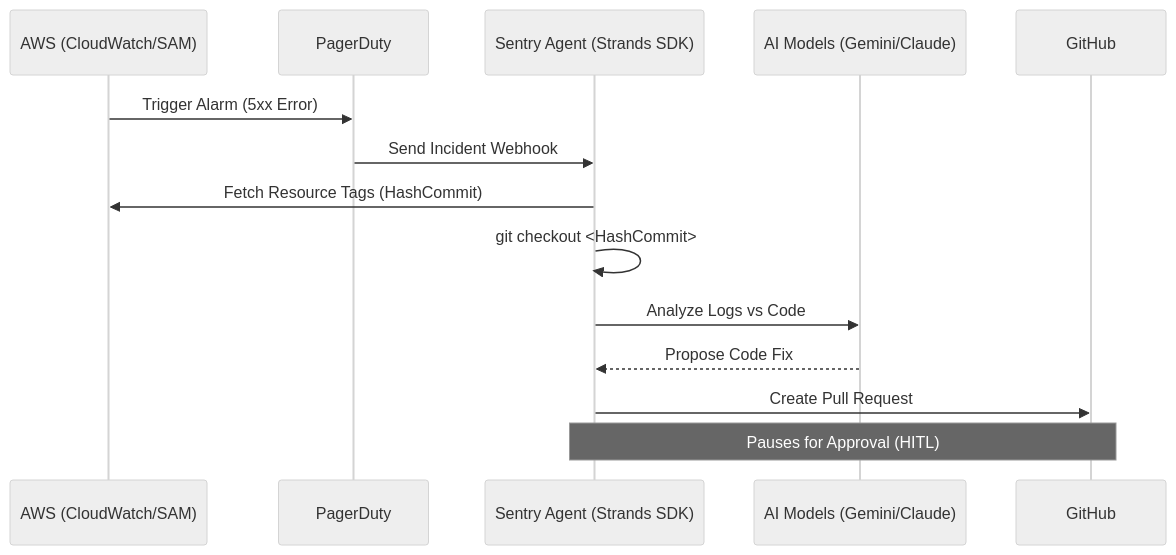
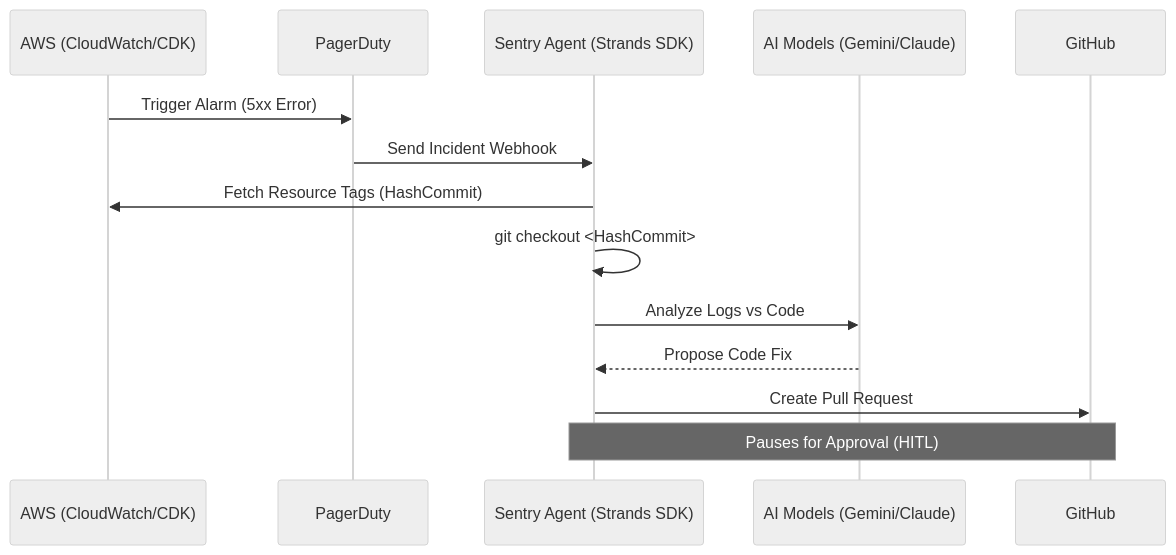
The diagram in README.md (antonioreuter/poc-ai-ops), drawn with Mermaid (neutral theme) before and after one commit. The commit also changed other lines of this file and 23 other files, not shown here.

````diff
--- a/README.md
+++ b/README.md
@@ -13,16 +13,16 @@
 ```mermaid
 sequenceDiagram
-    participant AWS as AWS (CloudWatch/SAM)
+    participant AWS as AWS (CloudWatch/CDK)
     participant PD as PagerDuty
     participant Agent as Sentry Agent (Strands SDK)
     participant AI as AI Models (Gemini/Claude)
 
     AWS->>PD: Trigger Alarm (5xx Error)
     PD->>Agent: Send Incident Webhook
     Agent->>AWS: Fetch Resource Tags (HashCommit)
     Agent->>Agent: git checkout <HashCommit>
     Agent->>AI: Analyze Logs vs Code
     AI-->>Agent: Propose Code Fix
     Agent->>GitHub: Create Pull Request
     Note over Agent,GitHub: Pauses for Approval (HITL)
 ```
````
